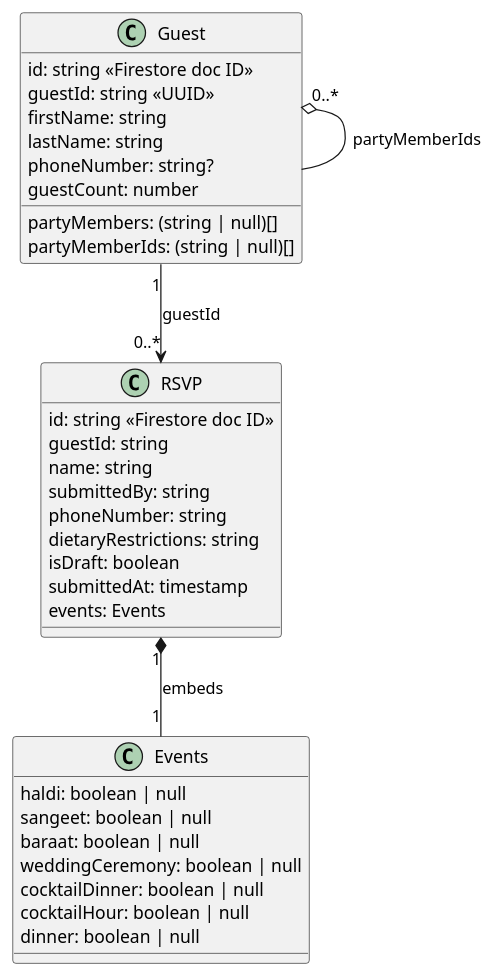
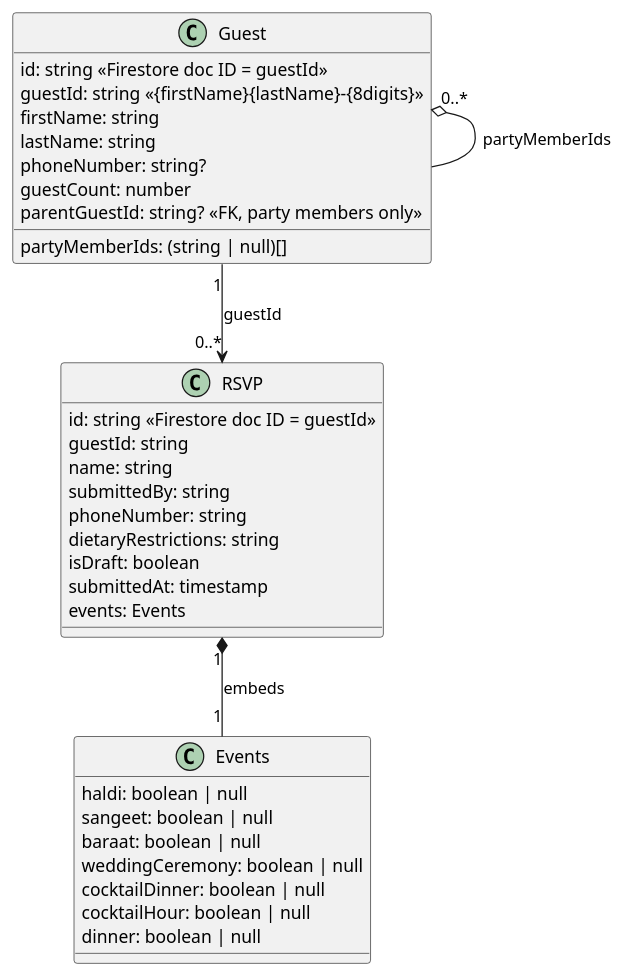
The diagram in docs/rsvp-data-model.md (Shanav12/Salwan-Bagga-Wedding), drawn with PlantUML before and after one commit. The commit also changed other lines of this file and 9 other files, not shown here.

````diff
--- a/docs/rsvp-data-model.md
+++ b/docs/rsvp-data-model.md
@@ -5,42 +5,42 @@
 ```plantuml
 @startuml
 
 class Guest {
-  id: string <<Firestore doc ID>>
-  guestId: string <<UUID>>
+  id: string <<Firestore doc ID = guestId>>
+  guestId: string <<{firstName}{lastName}-{8digits}>>
   firstName: string
   lastName: string
   phoneNumber: string?
   guestCount: number
-  partyMembers: (string | null)[]
   partyMemberIds: (string | null)[]
+  parentGuestId: string? <<FK, party members only>>
 }
 
 class RSVP {
-  id: string <<Firestore doc ID>>
+  id: string <<Firestore doc ID = guestId>>
   guestId: string
   name: string
   submittedBy: string
   phoneNumber: string
   dietaryRestrictions: string
   isDraft: boolean
   submittedAt: timestamp
   events: Events
 }
 
 class Events {
   haldi: boolean | null
   sangeet: boolean | null
   baraat: boolean | null
   weddingCeremony: boolean | null
   cocktailDinner: boolean | null
   cocktailHour: boolean | null
   dinner: boolean | null
 }
 
 Guest "1" --> "0..*" RSVP : guestId
 Guest "0..*" o-- Guest : partyMemberIds
 RSVP "1" *-- "1" Events : embeds
 
 @enduml
 ```
````
